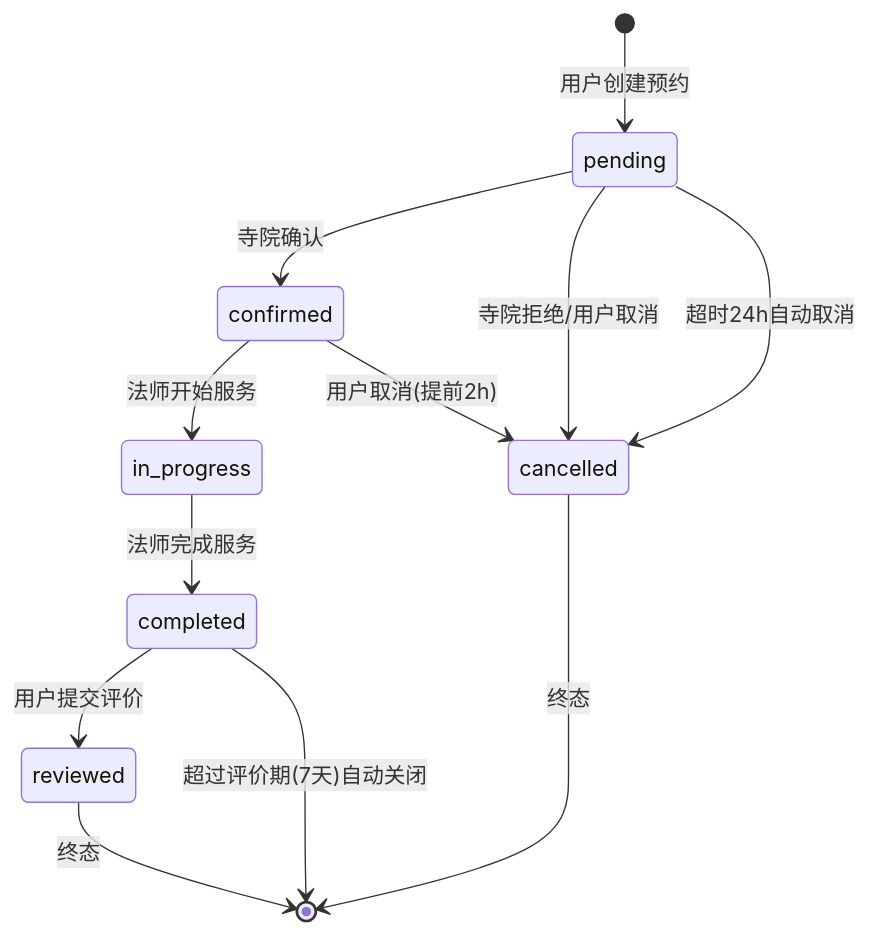
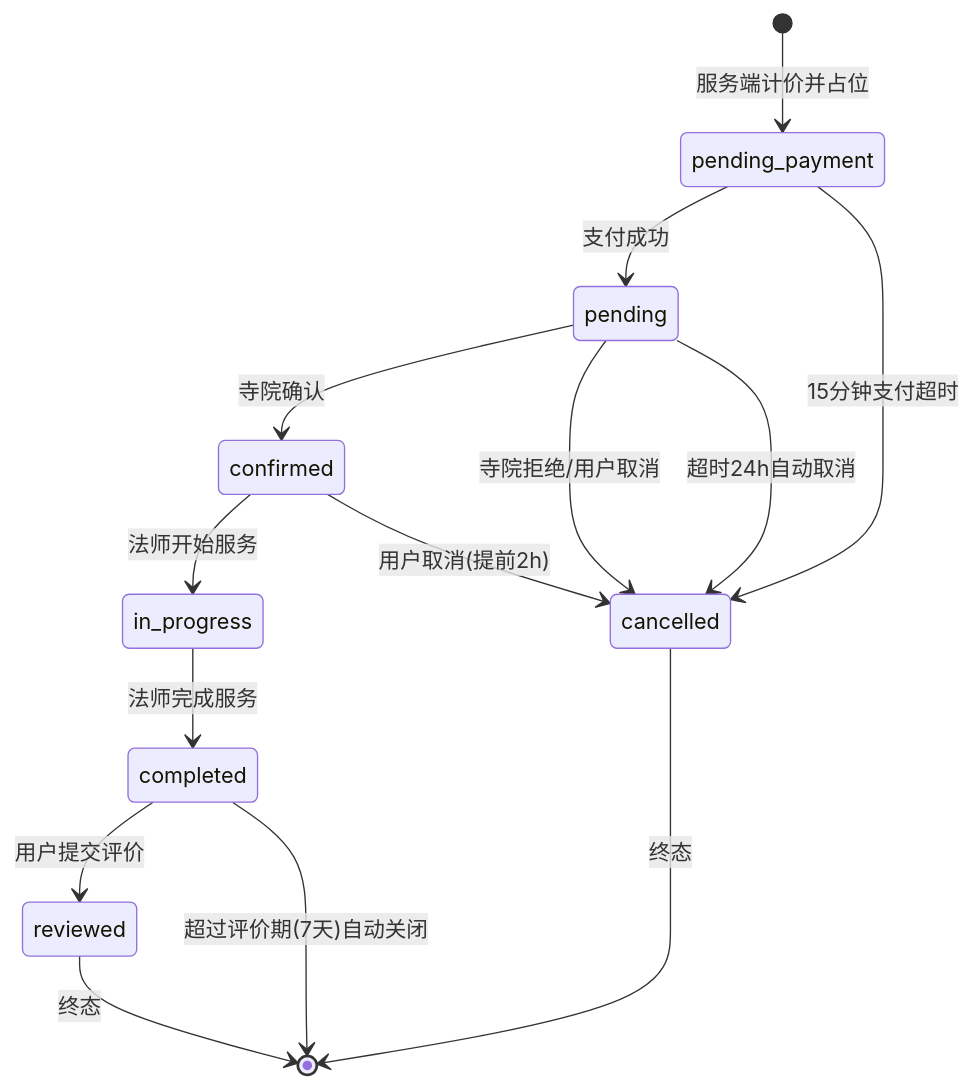
Before and after one commit to askxuan-dongfang/askxuan-docs: the second of 2 diagrams in docs/architecture/services/预约服务.md, drawn with Mermaid. The commit also changed other lines of this file and 10 other files, not shown here.

````diff
--- a/docs/architecture/services/预约服务.md
+++ b/docs/architecture/services/预约服务.md
@@ -134,14 +147,16 @@
 ```mermaid
 stateDiagram-v2
-    [*] --> pending: 用户创建预约
+	[*] --> pending_payment: 服务端计价并占位
+	pending_payment --> pending: 支付成功
+	pending_payment --> cancelled: 15分钟支付超时
     pending --> confirmed: 寺院确认
     pending --> cancelled: 寺院拒绝/用户取消
     pending --> cancelled: 超时24h自动取消
     confirmed --> in_progress: 法师开始服务
     confirmed --> cancelled: 用户取消(提前2h)
     in_progress --> completed: 法师完成服务
     completed --> reviewed: 用户提交评价
     completed --> [*]: 超过评价期(7天)自动关闭
     reviewed --> [*]: 终态
     cancelled --> [*]: 终态
 ```
````
